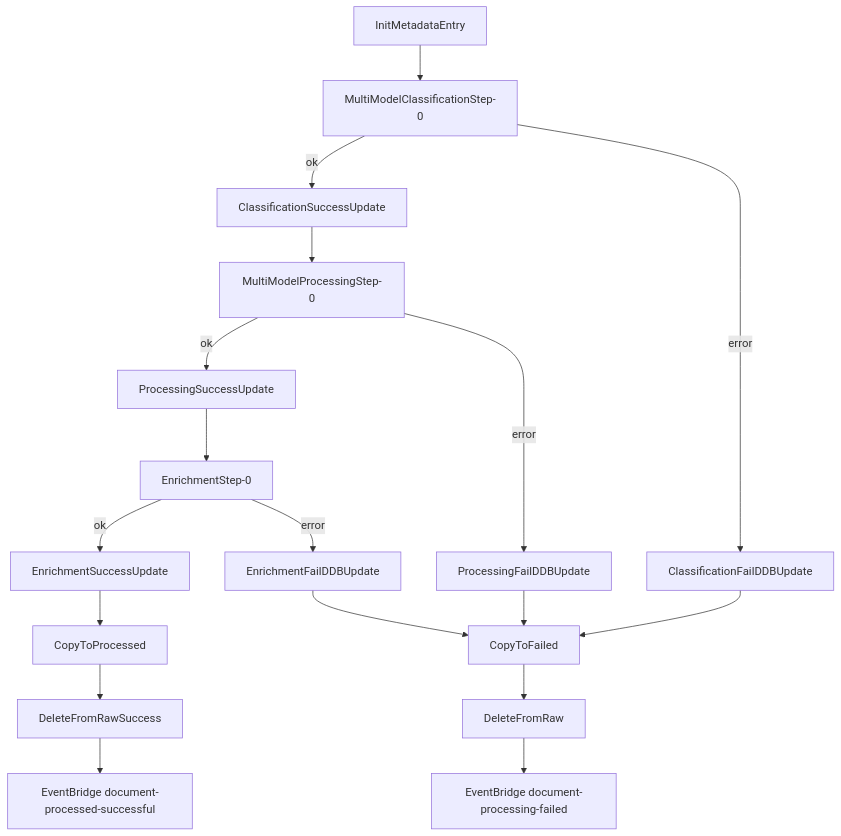
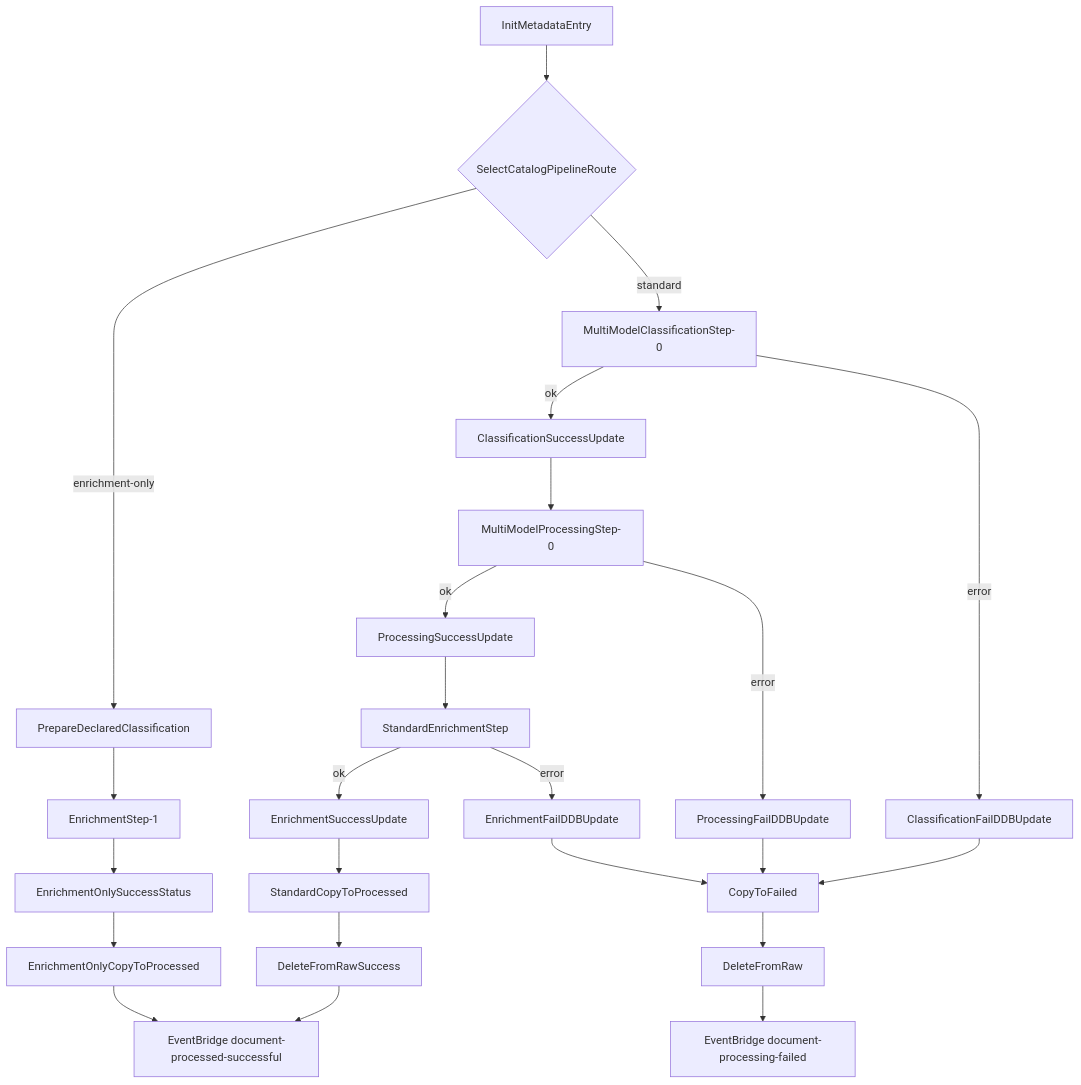
The second of 2 diagrams in documentacion/TRAZA_CODIGO_COMPLETA.md (LuisHM5/idp), drawn with Mermaid before and after one commit. The commit also changed other lines of this file and 53 other files, not shown here.

````diff
--- a/documentacion/TRAZA_CODIGO_COMPLETA.md
+++ b/documentacion/TRAZA_CODIGO_COMPLETA.md
@@ -299,20 +298,26 @@
 ```mermaid
 flowchart TD
-    I[InitMetadataEntry] --> C[MultiModelClassificationStep-0]
+    I[InitMetadataEntry] --> R{SelectCatalogPipelineRoute}
+    R -->|enrichment-only| PE[PrepareDeclaredClassification]
+    PE --> ED[EnrichmentStep-1]
+    R -->|standard| C[MultiModelClassificationStep-0]
     C -->|ok| CU[ClassificationSuccessUpdate]
     C -->|error| CF[ClassificationFailDDBUpdate]
     CU --> P[MultiModelProcessingStep-0]
     P -->|ok| PU[ProcessingSuccessUpdate]
     P -->|error| PF[ProcessingFailDDBUpdate]
-    PU --> E[EnrichmentStep-0]
+    PU --> E[StandardEnrichmentStep]
     E -->|ok| EU[EnrichmentSuccessUpdate]
     E -->|error| EF[EnrichmentFailDDBUpdate]
-    EU --> CP[CopyToProcessed]
+    ED --> EU2[EnrichmentOnlySuccessStatus]
+    EU2 --> CP2[EnrichmentOnlyCopyToProcessed]
+    CP2 --> OK
+    EU --> CP[StandardCopyToProcessed]
     CP --> DR1[DeleteFromRawSuccess]
     DR1 --> OK[EventBridge document-processed-successful]
     CF --> FF[CopyToFailed]
     PF --> FF
     EF --> FF
     FF --> DR2[DeleteFromRaw]
     DR2 --> FAIL[EventBridge document-processing-failed]
 ```
````
